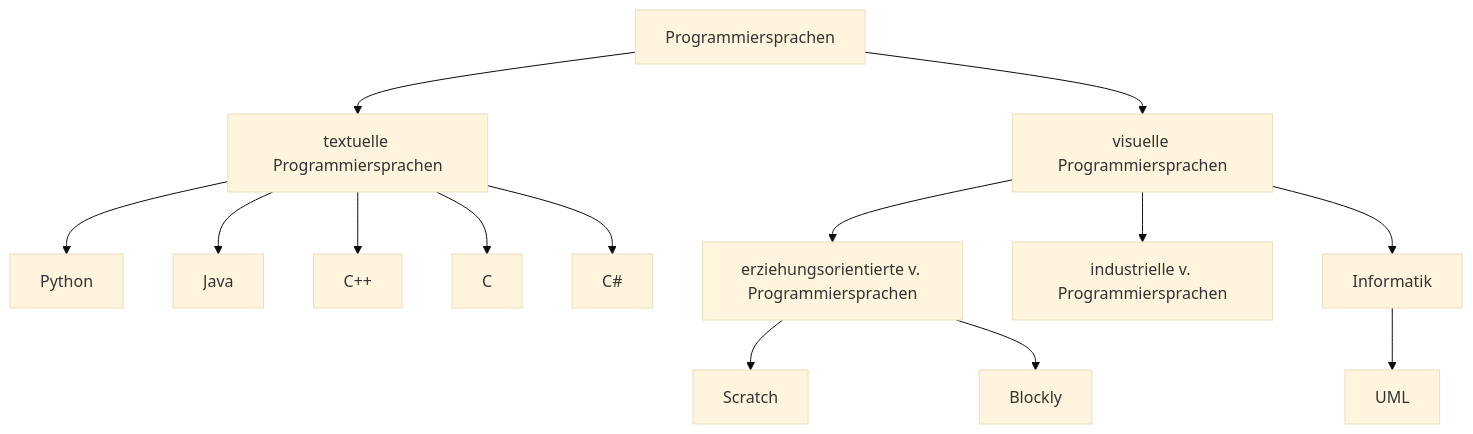
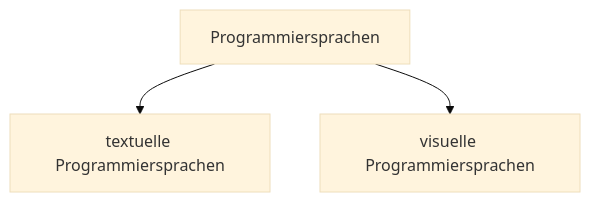
Before and after one commit to Meisterschulen-am-Ostbahnhof-Munchen/visual-programming-languages-docs: the diagram in docs/Diagramm.mmd, drawn with Mermaid (base theme). The commit also changed other lines of this file, not shown here.

```diff
--- a/docs/Diagramm.mmd
+++ b/docs/Diagramm.mmd
@@ -1,14 +1,3 @@
 flowchart TB
 A["Programmiersprachen"] --> B["textuelle Programmiersprachen"]
-B --> Python
-B --> Java
-B --> C++
-B --> C
-B --> C#
 A--> CL["visuelle Programmiersprachen"]
-CL -->D["erziehungsorientierte v. Programmiersprachen"]
-D --> Scratch
-D --> Blockly
-CL -->E["industrielle v. Programmiersprachen"]
-CL -->Informatik
-Informatik --> UML
```
